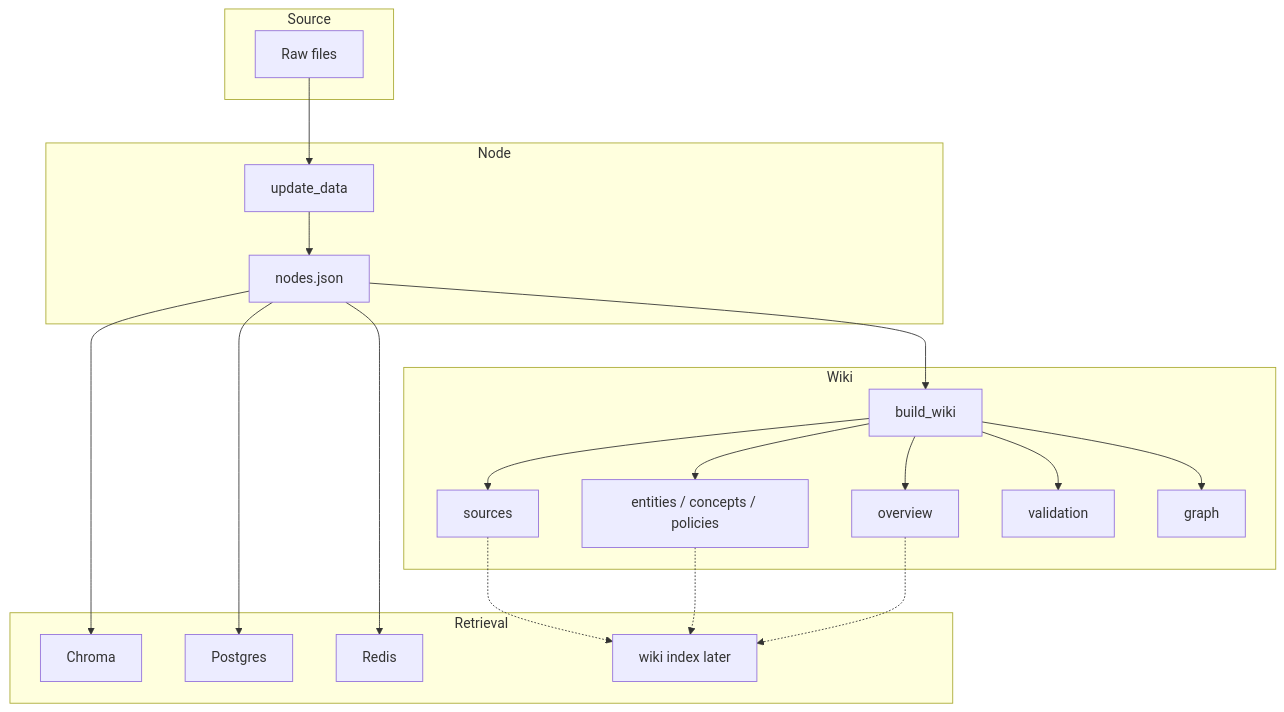
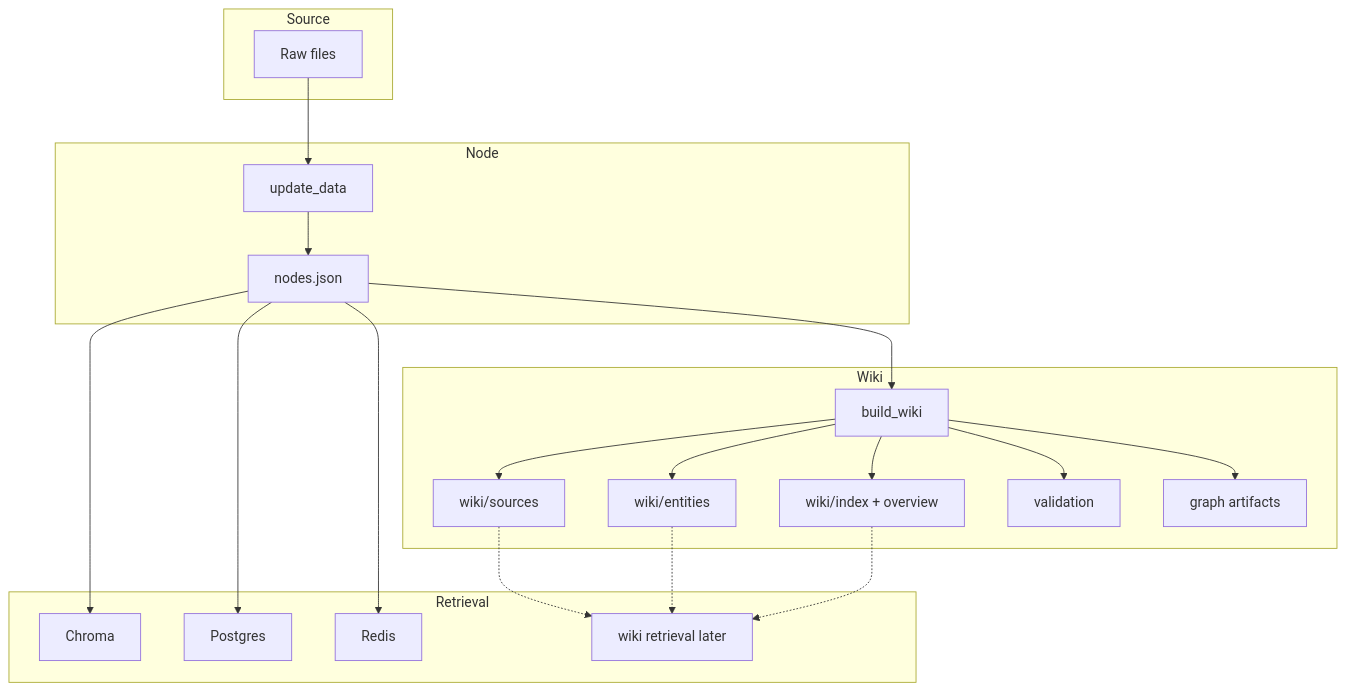
Before and after one commit to Edge-Intelligence-Lab/ChatDKU: the diagram in chatdku/ingestion/llm-wiki/README.md, drawn with Mermaid. The commit also changed other lines of this file and 9 other files, not shown here.

Commit message:
Upgrade llm-wiki artifacts and validation

````diff
--- a/chatdku/ingestion/llm-wiki/README.md
+++ b/chatdku/ingestion/llm-wiki/README.md
@@ -16,41 +29,41 @@
 ```mermaid
 flowchart TD
     subgraph L1["Source"]
         A["Raw files"]
     end
 
     subgraph L2["Node"]
         B["update_data"]
         C["nodes.json"]
     end
 
     subgraph L3["Wiki"]
         D["build_wiki"]
-        E["sources"]
-        F["entities / concepts / policies"]
-        G["overview"]
+        E["wiki/sources"]
+        F["wiki/entities"]
+        G["wiki/index + overview"]
         H["validation"]
-        I["graph"]
+        I["graph artifacts"]
     end
 
     subgraph L4["Retrieval"]
         J["Chroma"]
         K["Postgres"]
         L["Redis"]
-        M["wiki index later"]
+        M["wiki retrieval later"]
     end
 
     A --> B --> C --> D
     D --> E
     D --> F
     D --> G
     D --> H
     D --> I
 
     C --> J
     C --> K
     C --> L
     E -.-> M
     F -.-> M
     G -.-> M
 ```
````
